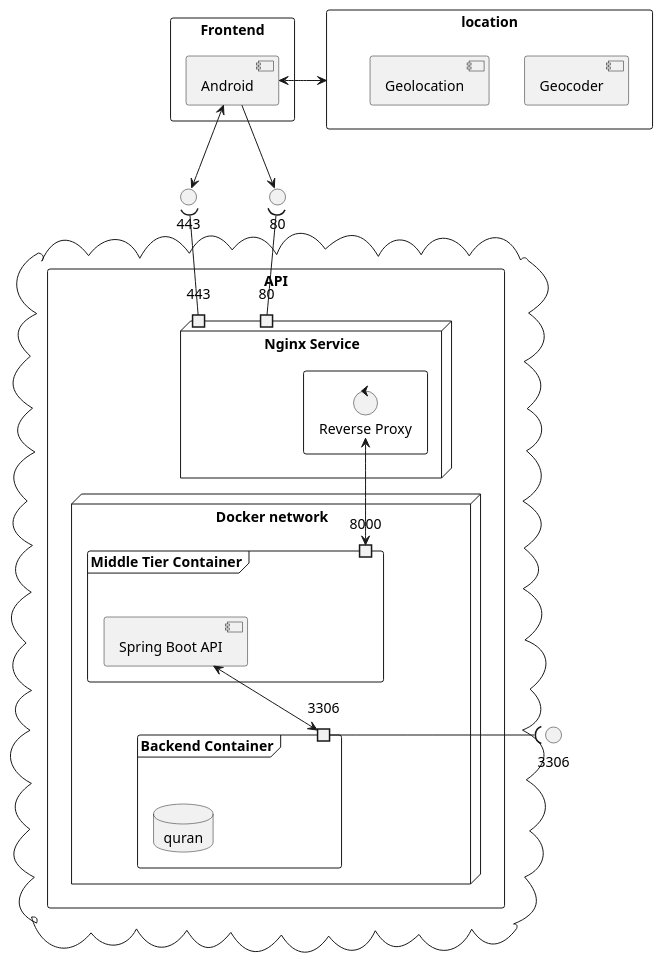
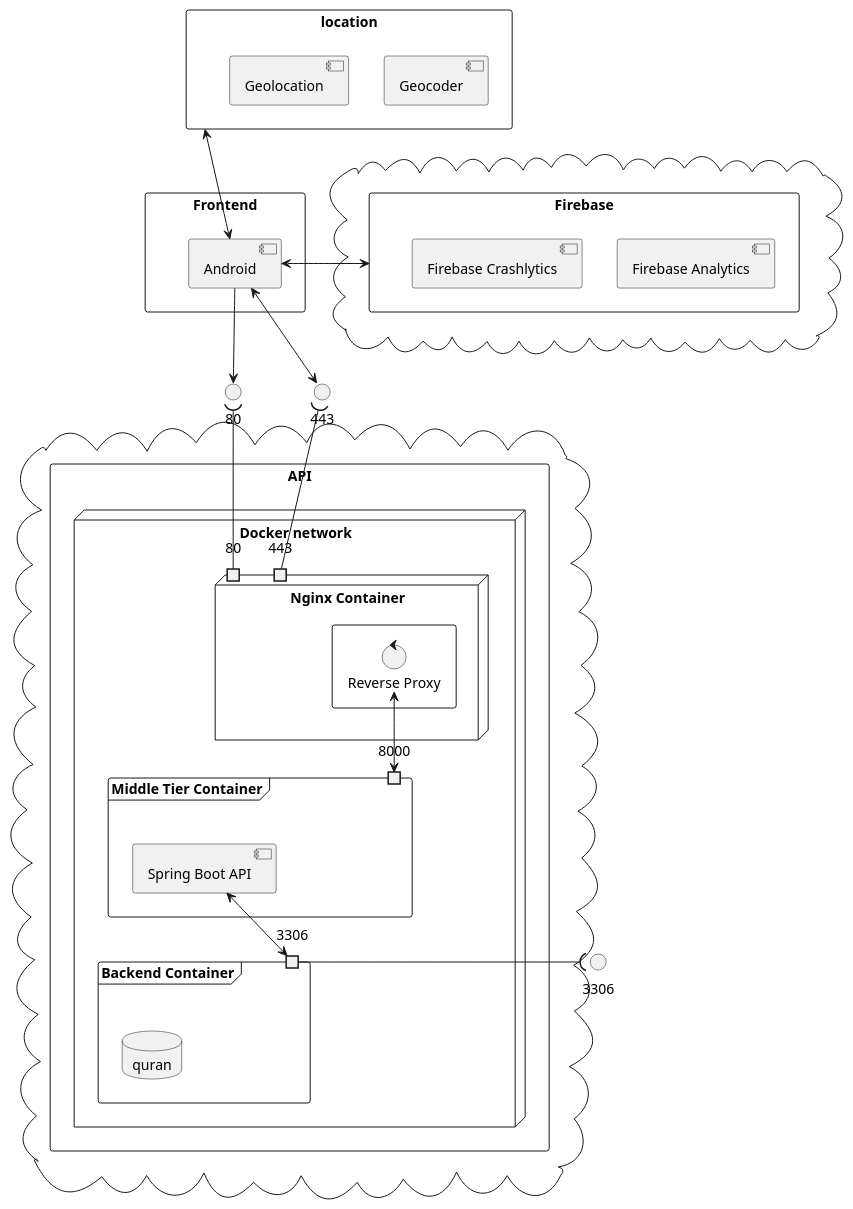
Before and after one commit to arshad-shah/Nimaz: the diagram in app/src/main/java/com/arshadshah/nimaz/diagrams/arcitecture/Arcitecture.puml, drawn with PlantUML. The commit also changed 25 other files, not shown here.

```diff
--- a/app/src/main/java/com/arshadshah/nimaz/diagrams/arcitecture/Arcitecture.puml
+++ b/app/src/main/java/com/arshadshah/nimaz/diagrams/arcitecture/Arcitecture.puml
@@ -1,48 +1,60 @@
 @startuml
 rectangle "Frontend" as frontend{
 [Android] as Android
 }
 
 rectangle location {
 [Geocoder]
 [Geolocation]
 }
 
 cloud {
 rectangle "API" as backend {
-    node "Nginx Service"{
-        port 80 as HTTP
-        port 443 as HTTPS
-        rectangle {
-            control "Reverse Proxy" as reverse_proxy
-        }
-    }
 
     node "Docker network" {
-        frame "Backend Container" {
+        node "Nginx Container" as nginx{
+            port 80 as HTTP
+            port 443 as HTTPS
+            rectangle {
+                control "Reverse Proxy" as reverse_proxy
+            }
+        }
+        frame "Backend Container" as database{
             port 3306 as mysql
             database "quran"
         }
-        frame "Middle Tier Container"{
+        frame "Middle Tier Container" as api{
             port 8000 as nimaz_api_port
             [Spring Boot API] as Nimaz_API
         }
     }
   }
 }
 
-
+cloud {
+'firebase analytics, crashlytics, etc
+    rectangle "Firebase" as firebase{
+        [Firebase Analytics]
+        [Firebase Crashlytics]
+    }
+}
+   nginx -[hidden]-> api
+    nginx -[hidden]-> database
+    frontend -[hidden]-> nginx
+    location -[hidden]> frontend
+    firebase -[hidden]> frontend
 ' external ports
     mysql -left-(3306
     HTTP -up-(80
     HTTPS -up-(443
 
 
     Android -down-> 80
     Android <-down-> 443
-    Android <-right-> location
+    Android <-right-> firebase
+    Android <-up-> location
 
     reverse_proxy <-down-> nimaz_api_port
 
     Nimaz_API <-down-> mysql
 @enduml
```
